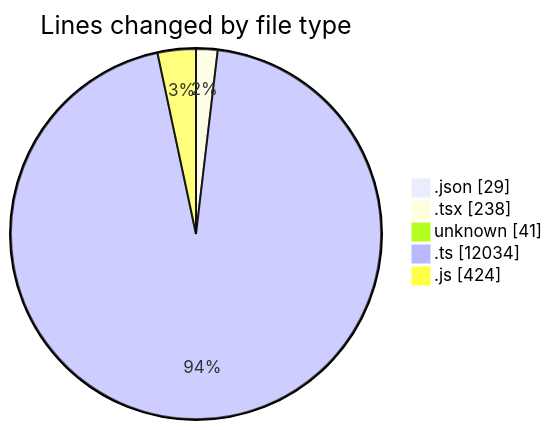
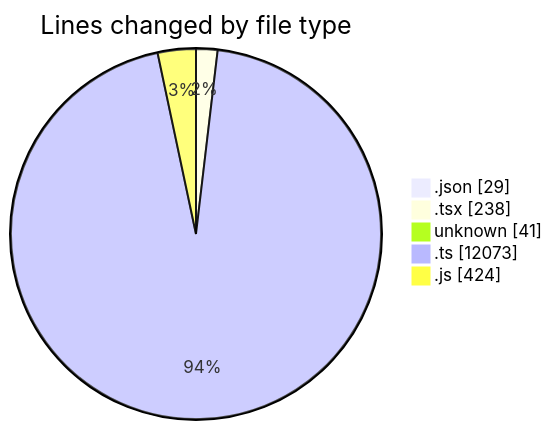
The first of 2 diagrams in 2025-06-09/cda/README.md (momahboobian/code-tracking), drawn with Mermaid before and after one commit. The commit also changed other lines of this file and 1 other file, not shown here.

````diff
--- a/2025-06-09/cda/README.md
+++ b/2025-06-09/cda/README.md
@@ -28,9 +28,9 @@
 ```mermaid
 pie showData
 title Lines changed by file type
 ".json" : 29
 ".tsx" : 238
 "unknown" : 41
-".ts" : 12034
+".ts" : 12073
 ".js" : 424
 ```
````
